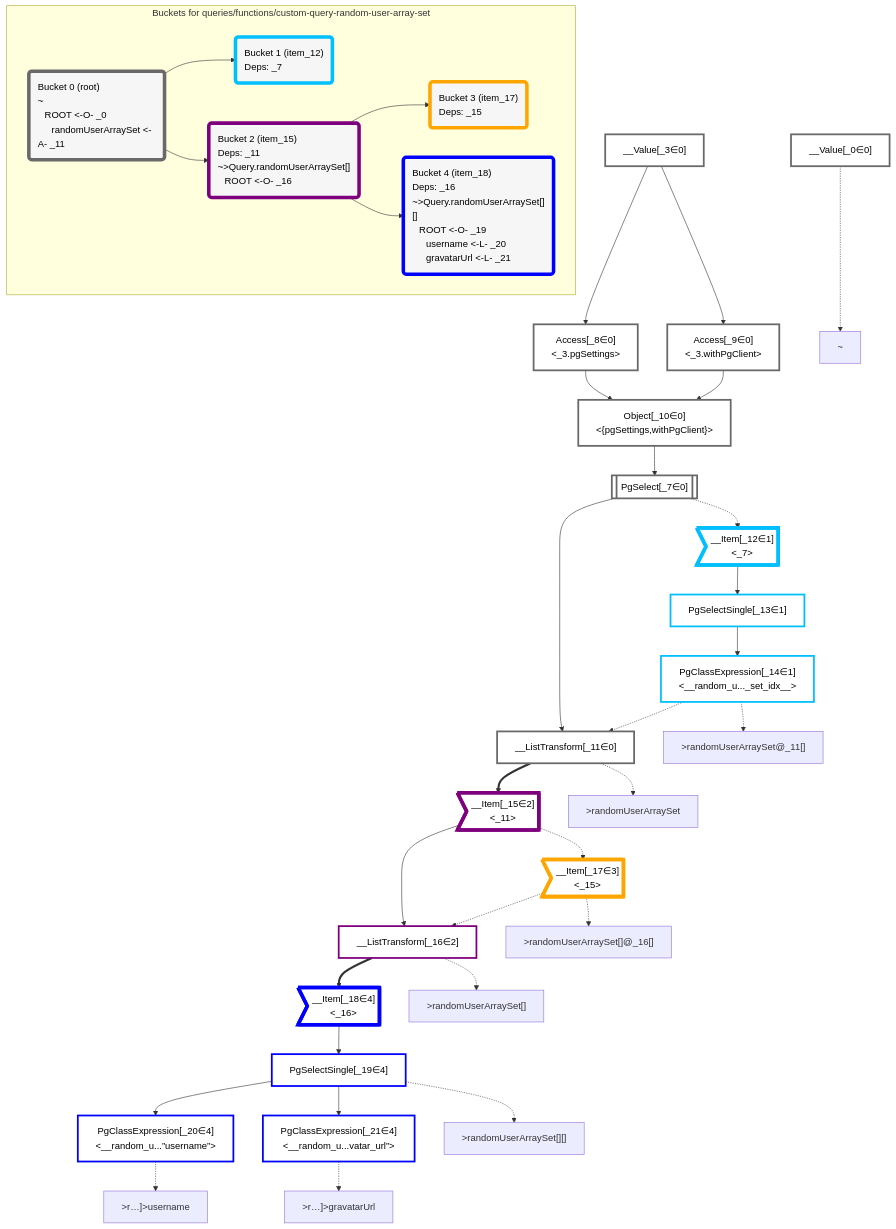
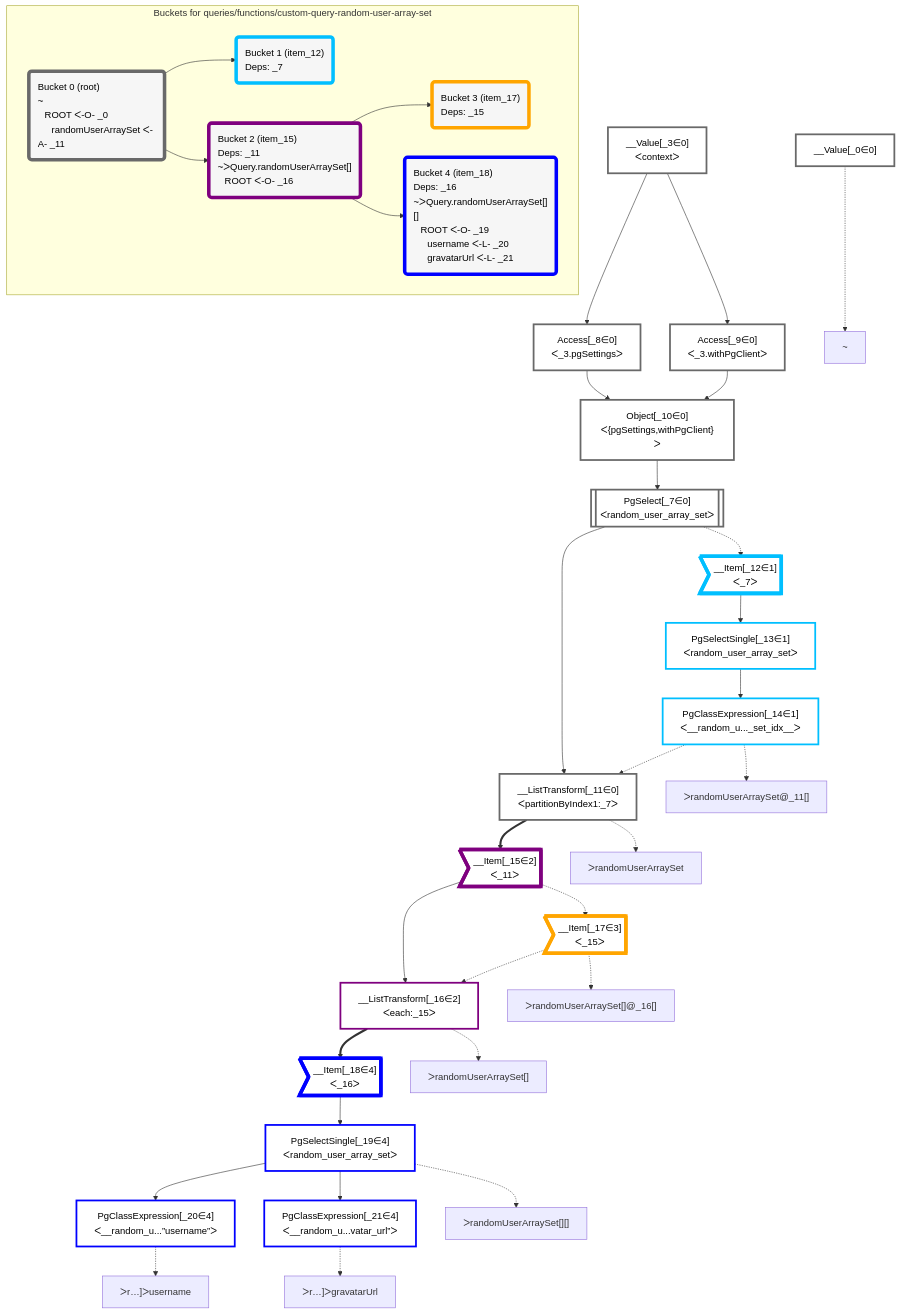
One commit to graphile/crystal changed the diagram in packages/dataplan-pg/__tests__/queries/functions/custom-query-random-user-array-set.mermaid.md. Above: the diagram before and after it, drawn with Mermaid. The commit also changed 195 other files, not shown here.

```diff
--- a/packages/dataplan-pg/__tests__/queries/functions/custom-query-random-user-array-set.mermaid.md
+++ b/packages/dataplan-pg/__tests__/queries/functions/custom-query-random-user-array-set.mermaid.md
@@ -9,22 +9,22 @@
 
     %% define plans
     __Value_0["__Value[_0∈0]"]:::plan
-    __Value_3["__Value[_3∈0]<br /><context>"]:::plan
-    PgSelect_7[["PgSelect[_7∈0]<br /><random_user_array_set>"]]:::plan
-    Access_8["Access[_8∈0]<br /><_3.pgSettings>"]:::plan
-    Access_9["Access[_9∈0]<br /><_3.withPgClient>"]:::plan
-    Object_10["Object[_10∈0]<br /><{pgSettings,withPgClient}>"]:::plan
-    __ListTransform_11["__ListTransform[_11∈0]<br /><partitionByIndex1:_7>"]:::plan
-    __Item_12>"__Item[_12∈1]<br /><_7>"]:::itemplan
-    PgSelectSingle_13["PgSelectSingle[_13∈1]<br /><random_user_array_set>"]:::plan
-    PgClassExpression_14["PgClassExpression[_14∈1]<br /><__random_u..._set_idx__>"]:::plan
-    __Item_15>"__Item[_15∈2]<br /><_11>"]:::itemplan
-    __ListTransform_16["__ListTransform[_16∈2]<br /><each:_15>"]:::plan
-    __Item_17>"__Item[_17∈3]<br /><_15>"]:::itemplan
-    __Item_18>"__Item[_18∈4]<br /><_16>"]:::itemplan
-    PgSelectSingle_19["PgSelectSingle[_19∈4]<br /><random_user_array_set>"]:::plan
-    PgClassExpression_20["PgClassExpression[_20∈4]<br /><__random_u...”username”>"]:::plan
-    PgClassExpression_21["PgClassExpression[_21∈4]<br /><__random_u...vatar_url”>"]:::plan
+    __Value_3["__Value[_3∈0]<br />ᐸcontextᐳ"]:::plan
+    PgSelect_7[["PgSelect[_7∈0]<br />ᐸrandom_user_array_setᐳ"]]:::plan
+    Access_8["Access[_8∈0]<br />ᐸ_3.pgSettingsᐳ"]:::plan
+    Access_9["Access[_9∈0]<br />ᐸ_3.withPgClientᐳ"]:::plan
+    Object_10["Object[_10∈0]<br />ᐸ{pgSettings,withPgClient}ᐳ"]:::plan
+    __ListTransform_11["__ListTransform[_11∈0]<br />ᐸpartitionByIndex1:_7ᐳ"]:::plan
+    __Item_12>"__Item[_12∈1]<br />ᐸ_7ᐳ"]:::itemplan
+    PgSelectSingle_13["PgSelectSingle[_13∈1]<br />ᐸrandom_user_array_setᐳ"]:::plan
+    PgClassExpression_14["PgClassExpression[_14∈1]<br />ᐸ__random_u..._set_idx__ᐳ"]:::plan
+    __Item_15>"__Item[_15∈2]<br />ᐸ_11ᐳ"]:::itemplan
+    __ListTransform_16["__ListTransform[_16∈2]<br />ᐸeach:_15ᐳ"]:::plan
+    __Item_17>"__Item[_17∈3]<br />ᐸ_15ᐳ"]:::itemplan
+    __Item_18>"__Item[_18∈4]<br />ᐸ_16ᐳ"]:::itemplan
+    PgSelectSingle_19["PgSelectSingle[_19∈4]<br />ᐸrandom_user_array_setᐳ"]:::plan
+    PgClassExpression_20["PgClassExpression[_20∈4]<br />ᐸ__random_u...”username”ᐳ"]:::plan
+    PgClassExpression_21["PgClassExpression[_21∈4]<br />ᐸ__random_u...vatar_url”ᐳ"]:::plan
 
     %% plan dependencies
     Object_10 --> PgSelect_7
@@ -49,19 +49,19 @@
     %% plan-to-path relationships
     P_0["~"]
     __Value_0 -.-> P_0
-    P_11[">randomUserArraySet"]
+    P_11["ᐳrandomUserArraySet"]
     __ListTransform_11 -.-> P_11
-    P_14[">randomUserArraySet@_11[]"]
+    P_14["ᐳrandomUserArraySet@_11[]"]
     PgClassExpression_14 -.-> P_14
-    P_16[">randomUserArraySet[]"]
+    P_16["ᐳrandomUserArraySet[]"]
     __ListTransform_16 -.-> P_16
-    P_17[">randomUserArraySet[]@_16[]"]
+    P_17["ᐳrandomUserArraySet[]@_16[]"]
     __Item_17 -.-> P_17
-    P_19[">randomUserArraySet[][]"]
+    P_19["ᐳrandomUserArraySet[][]"]
     PgSelectSingle_19 -.-> P_19
-    P_20[">r…]>username"]
+    P_20["ᐳr…]ᐳusername"]
     PgClassExpression_20 -.-> P_20
-    P_21[">r…]>gravatarUrl"]
+    P_21["ᐳr…]ᐳgravatarUrl"]
     PgClassExpression_21 -.-> P_21
 
     %% allocate buckets
@@ -77,18 +77,18 @@
     class __Item_18,PgSelectSingle_19,PgClassExpression_20,PgClassExpression_21 bucket4
 
     subgraph "Buckets for queries/functions/custom-query-random-user-array-set"
-    Bucket0("Bucket 0 (root)<br />~<br />⠀ROOT <-O- _0<br />⠀⠀randomUserArraySet <-A- _11"):::bucket
+    Bucket0("Bucket 0 (root)<br />~<br />⠀ROOT ᐸ-O- _0<br />⠀⠀randomUserArraySet ᐸ-A- _11"):::bucket
     style Bucket0 stroke:#696969
     Bucket1("Bucket 1 (item_12)<br />Deps: _7"):::bucket
     style Bucket1 stroke:#00bfff
     Bucket0 --> Bucket1
-    Bucket2("Bucket 2 (item_15)<br />Deps: _11<br />~>Query.randomUserArraySet[]<br />⠀ROOT <-O- _16"):::bucket
+    Bucket2("Bucket 2 (item_15)<br />Deps: _11<br />~ᐳQuery.randomUserArraySet[]<br />⠀ROOT ᐸ-O- _16"):::bucket
     style Bucket2 stroke:#7f007f
     Bucket0 --> Bucket2
     Bucket3("Bucket 3 (item_17)<br />Deps: _15"):::bucket
     style Bucket3 stroke:#ffa500
     Bucket2 --> Bucket3
-    Bucket4("Bucket 4 (item_18)<br />Deps: _16<br />~>Query.randomUserArraySet[][]<br />⠀ROOT <-O- _19<br />⠀⠀username <-L- _20<br />⠀⠀gravatarUrl <-L- _21"):::bucket
+    Bucket4("Bucket 4 (item_18)<br />Deps: _16<br />~ᐳQuery.randomUserArraySet[][]<br />⠀ROOT ᐸ-O- _19<br />⠀⠀username ᐸ-L- _20<br />⠀⠀gravatarUrl ᐸ-L- _21"):::bucket
     style Bucket4 stroke:#0000ff
     Bucket2 --> Bucket4
     end
```
